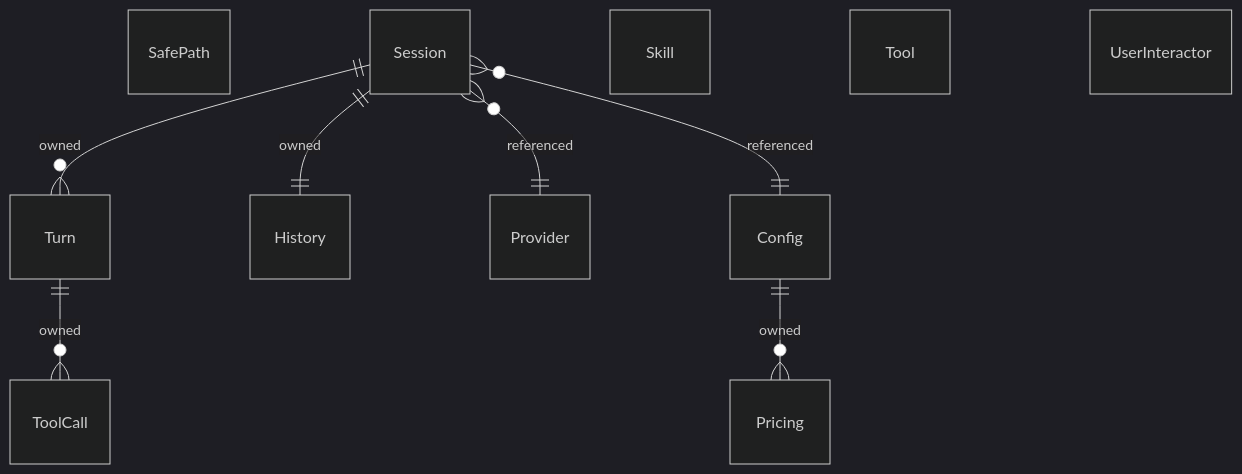
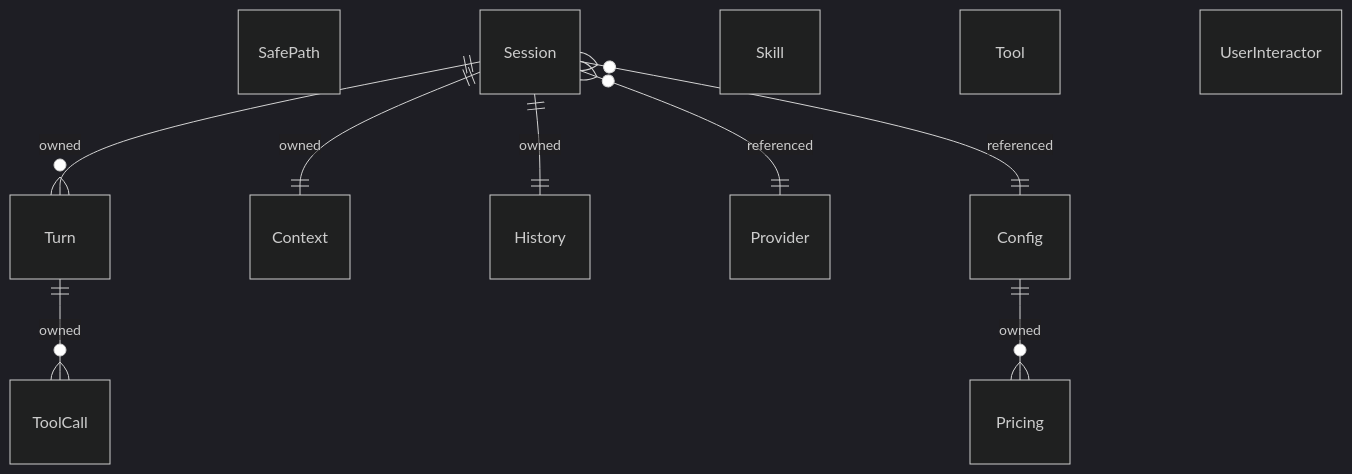
The diagram in docs/domain-model/tell-me-go.modelith.md (gosharplite/tell-me-go), drawn with Mermaid (dark theme) before and after one commit. The commit also changed other lines of this file and 2 other files, not shown here.

First line of the commit message:
docs(domain-model): complete Pass 2 — add Context, LLMError, ToolCategory

````diff
--- a/docs/domain-model/tell-me-go.modelith.md
+++ b/docs/domain-model/tell-me-go.modelith.md
@@ -251,20 +299,22 @@
 ```mermaid
 erDiagram
     Config {}
+    Context {}
     History {}
     Pricing {}
     Provider {}
     SafePath {}
     Session {}
     Skill {}
     Tool {}
     ToolCall {}
     Turn {}
     UserInteractor {}
     Config ||--o{ Pricing : "owned"
     Session ||--o{ Turn : "owned"
     Session }o--|| Config : "referenced"
     Session }o--|| Provider : "referenced"
     Session ||--|| History : "owned"
+    Session ||--|| Context : "owned"
     Turn ||--o{ ToolCall : "owned"
 ```
````
